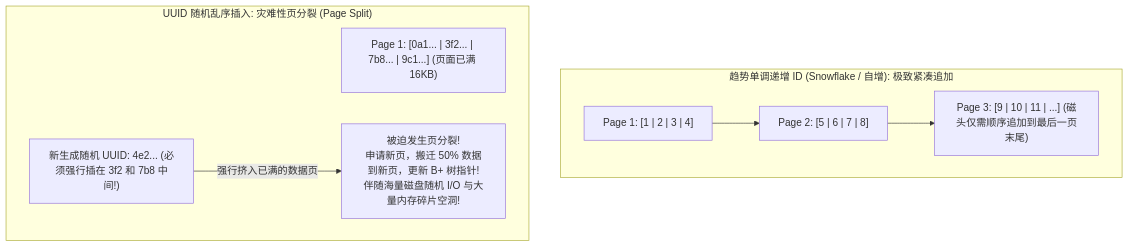
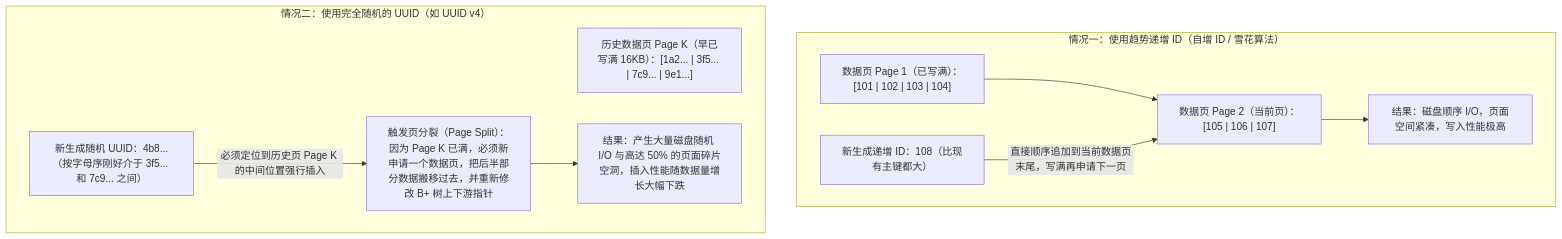
One commit to GuoWWWX/knowledge-base changed the first of 2 diagrams in 20-Java后端/07-分布式与微服务/05-分布式ID.md. Above: the diagram before and after it, drawn with Mermaid. The commit also changed other lines of this file and 251 other files, not shown here.

````diff
--- a/20-Java后端/07-分布式与微服务/05-分布式ID.md
+++ b/20-Java后端/07-分布式与微服务/05-分布式ID.md
@@ -41,13 +42,19 @@
 ```mermaid
 flowchart TD
-    subgraph 顺序自增插入["趋势单调递增 ID (Snowflake / 自增): 极致紧凑追加"]
-        P1["Page 1: [1 | 2 | 3 | 4]"] --> P2["Page 2: [5 | 6 | 7 | 8]"]
-        P2 --> P3["Page 3: [9 | 10 | 11 | ...] (磁头仅需顺序追加到最后一页末尾)"]
+    subgraph SeqInsert["情况一：使用趋势递增 ID（自增 ID / 雪花算法）"]
+        P1["数据页 Page 1（已写满）：[101 | 102 | 103 | 104]"]
+        P2["数据页 Page 2（当前页）：[105 | 106 | 107]"]
+        NewSeq["新生成递增 ID：108（比现有主键都大）"]
+        P1 --> P2
+        NewSeq -->|"直接顺序追加到当前数据页末尾，写满再申请下一页"| P2
+        Res1["结果：磁盘顺序 I/O，页面空间紧凑，写入性能极高"]
+        P2 --> Res1
     end
 
-    subgraph UUID随机插入["UUID 随机乱序插入: 灾难性页分裂 (Page Split)"]
-        UP1["Page 1: [0a1... | 3f2... | 7b8... | 9c1...] (页面已满 16KB)"]
-        NewUUID["新生成随机 UUID: 4e2... (必须强行插在 3f2 和 7b8 中间!)"]
-        NewUUID -->|"强行挤入已满的数据页"| Split["被迫发生页分裂!\n申请新页，搬迁 50% 数据到新页，更新 B+ 树指针!\n伴随海量磁盘随机 I/O 与大量内存碎片空洞!"]
+    subgraph UuidInsert["情况二：使用完全随机的 UUID（如 UUID v4）"]
+        UP1["历史数据页 Page K（早已写满 16KB）：[1a2... | 3f5... | 7c9... | 9e1...]"]
+        NewUuid["新生成随机 UUID：4b8...（按字母序刚好介于 3f5... 和 7c9... 之间）"]
+        NewUuid -->|"必须定位到历史页 Page K 的中间位置强行插入"| Split["触发页分裂（Page Split）：因为 Page K 已满，必须新申请一个数据页，把后半部分数据搬移过去，并重新修改 B+ 树上下游指针"]
+        Split --> Res2["结果：产生大量磁盘随机 I/O 与高达 50% 的页面碎片空洞，插入性能随数据量增长大幅下跌"]
     end
 ```
````
